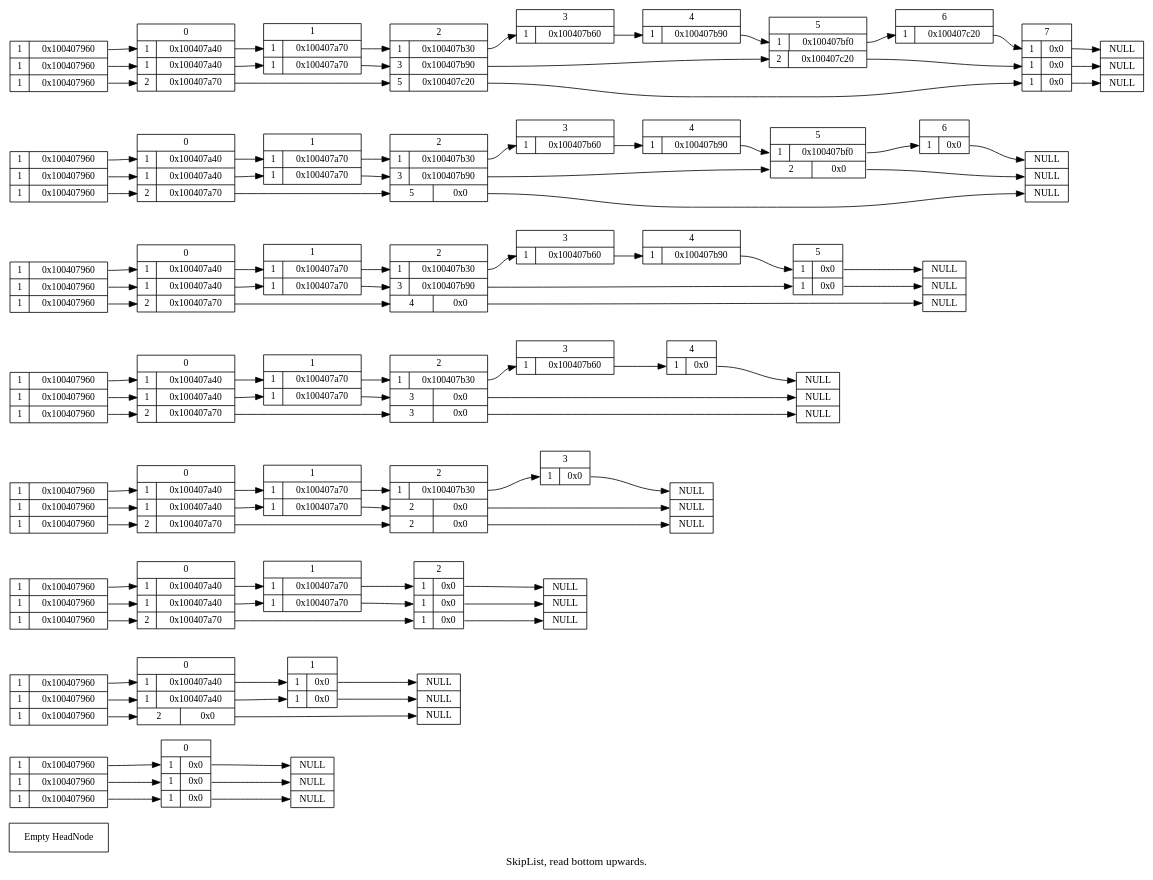
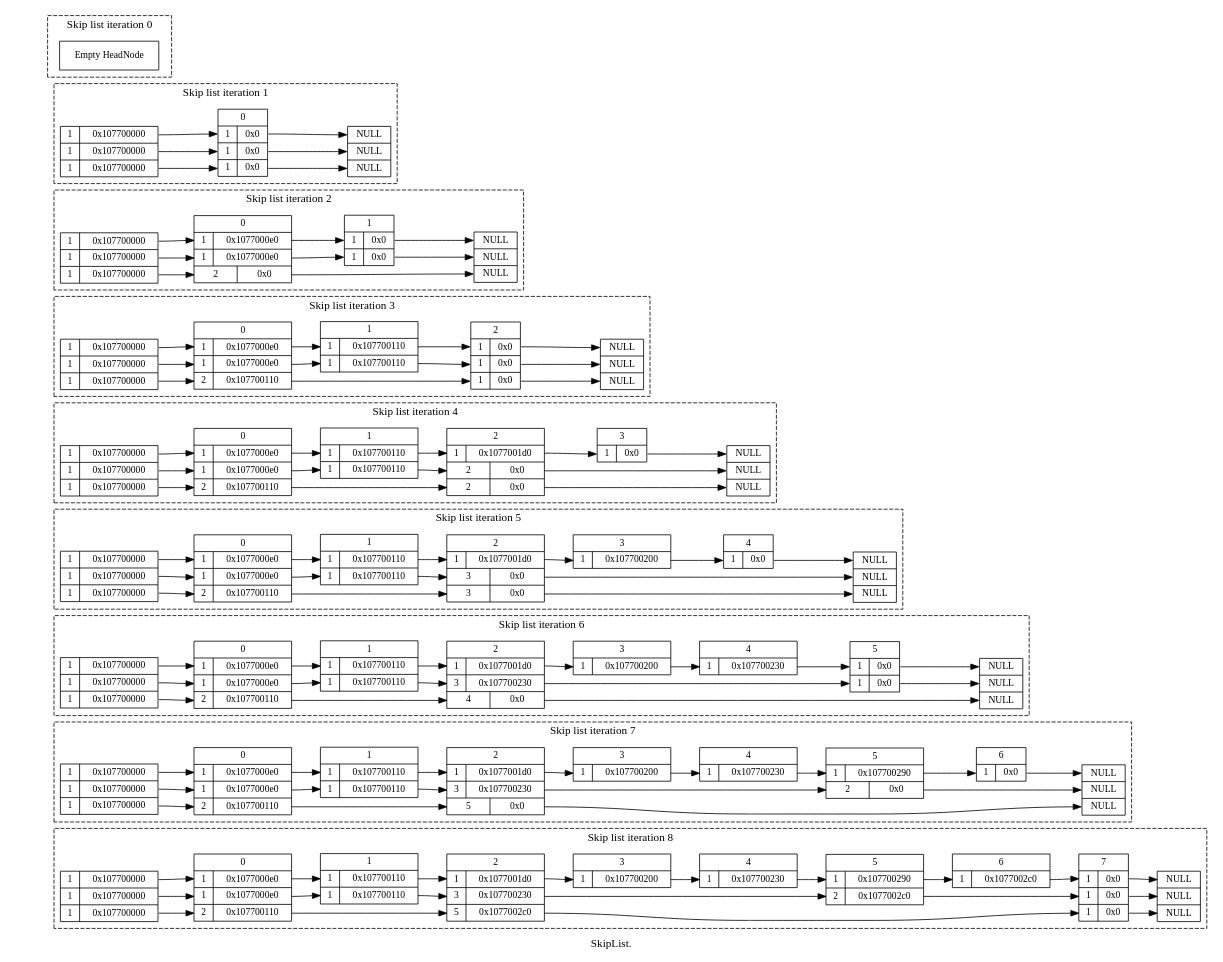
The diagram in doc/skiplist_visualisation/dot/doc_insert.dot (paulross/skiplist), drawn with Graphviz before and after one commit. The commit also changed 31 other files, not shown here.

```diff
--- a/doc/skiplist_visualisation/dot/doc_insert.dot
+++ b/doc/skiplist_visualisation/dot/doc_insert.dot
@@ -1,295 +1,351 @@
 # doc_insert
 digraph SkipList {
-label = "SkipList, read bottom upwards."
+label = "SkipList."
 graph [rankdir = "LR"];
 node [fontsize = "12" shape = "ellipse"];
 edge [];
-"HeadNode" [
+
+subgraph cluster0 {
+style=dashed
+label="Skip list iteration 0"
+"HeadNode0" [
 label = "Empty HeadNode"
 shape = "record"
 ];
+}
+
+subgraph cluster1 {
+style=dashed
+label="Skip list iteration 1"
 "HeadNode1" [
-label = "{ 1 | <f0> 0x100407960} | { 1 | <f1> 0x100407960} | { 1 | <f2> 0x100407960}"
+label = "{ 1 | <f0> 0x107700000} | { 1 | <f1> 0x107700000} | { 1 | <f2> 0x107700000}"
 shape = "record"
 ];
 "node10x0" [label = "<w1> NULL | <w2> NULL | <w3> NULL" shape = "record"];
-"HeadNode1":f0 -> "node10x100407960":w1 [];
-"HeadNode1":f1 -> "node10x100407960":w2 [];
-"HeadNode1":f2 -> "node10x100407960":w3 [];
-"node10x100407960" [
+"HeadNode1":f0 -> "node10x107700000":w1 [];
+"HeadNode1":f1 -> "node10x107700000":w2 [];
+"HeadNode1":f2 -> "node10x107700000":w3 [];
+"node10x107700000" [
 label = "<f0> 0 | { <w1> 1 | <f1> 0x0 } | { <w2> 1 | <f2> 0x0 } | { <w3> 1 | <f3> 0x0 }"
 shape = "record"
 ];
-"node10x100407960":f1 -> "node10x0":w1 [];
-"node10x100407960":f2 -> "node10x0":w2 [];
-"node10x100407960":f3 -> "node10x0":w3 [];
+"node10x107700000":f1 -> "node10x0":w1 [];
+"node10x107700000":f2 -> "node10x0":w2 [];
+"node10x107700000":f3 -> "node10x0":w3 [];
+}
+
+subgraph cluster2 {
+style=dashed
+label="Skip list iteration 2"
 "HeadNode2" [
-label = "{ 1 | <f0> 0x100407960} | { 1 | <f1> 0x100407960} | { 1 | <f2> 0x100407960}"
+label = "{ 1 | <f0> 0x107700000} | { 1 | <f1> 0x107700000} | { 1 | <f2> 0x107700000}"
 shape = "record"
 ];
 "node20x0" [label = "<w1> NULL | <w2> NULL | <w3> NULL" shape = "record"];
-"HeadNode2":f0 -> "node20x100407960":w1 [];
-"HeadNode2":f1 -> "node20x100407960":w2 [];
-"HeadNode2":f2 -> "node20x100407960":w3 [];
-"node20x100407960" [
-label = "<f0> 0 | { <w1> 1 | <f1> 0x100407a40 } | { <w2> 1 | <f2> 0x100407a40 } | { <w3> 2 | <f3> 0x0 }"
+"HeadNode2":f0 -> "node20x107700000":w1 [];
+"HeadNode2":f1 -> "node20x107700000":w2 [];
+"HeadNode2":f2 -> "node20x107700000":w3 [];
+"node20x107700000" [
+label = "<f0> 0 | { <w1> 1 | <f1> 0x1077000e0 } | { <w2> 1 | <f2> 0x1077000e0 } | { <w3> 2 | <f3> 0x0 }"
 shape = "record"
 ];
-"node20x100407960":f1 -> "node20x100407a40":w1 [];
-"node20x100407960":f2 -> "node20x100407a40":w2 [];
-"node20x100407960":f3 -> "node20x0":w3 [];
-"node20x100407a40" [
+"node20x107700000":f1 -> "node20x1077000e0":w1 [];
+"node20x107700000":f2 -> "node20x1077000e0":w2 [];
+"node20x107700000":f3 -> "node20x0":w3 [];
+"node20x1077000e0" [
 label = "<f0> 1 | { <w1> 1 | <f1> 0x0 } | { <w2> 1 | <f2> 0x0 }"
 shape = "record"
 ];
-"node20x100407a40":f1 -> "node20x0":w1 [];
-"node20x100407a40":f2 -> "node20x0":w2 [];
+"node20x1077000e0":f1 -> "node20x0":w1 [];
+"node20x1077000e0":f2 -> "node20x0":w2 [];
+}
+
+subgraph cluster3 {
+style=dashed
+label="Skip list iteration 3"
 "HeadNode3" [
-label = "{ 1 | <f0> 0x100407960} | { 1 | <f1> 0x100407960} | { 1 | <f2> 0x100407960}"
+label = "{ 1 | <f0> 0x107700000} | { 1 | <f1> 0x107700000} | { 1 | <f2> 0x107700000}"
 shape = "record"
 ];
 "node30x0" [label = "<w1> NULL | <w2> NULL | <w3> NULL" shape = "record"];
-"HeadNode3":f0 -> "node30x100407960":w1 [];
-"HeadNode3":f1 -> "node30x100407960":w2 [];
-"HeadNode3":f2 -> "node30x100407960":w3 [];
-"node30x100407960" [
-label = "<f0> 0 | { <w1> 1 | <f1> 0x100407a40 } | { <w2> 1 | <f2> 0x100407a40 } | { <w3> 2 | <f3> 0x100407a70 }"
+"HeadNode3":f0 -> "node30x107700000":w1 [];
+"HeadNode3":f1 -> "node30x107700000":w2 [];
+"HeadNode3":f2 -> "node30x107700000":w3 [];
+"node30x107700000" [
+label = "<f0> 0 | { <w1> 1 | <f1> 0x1077000e0 } | { <w2> 1 | <f2> 0x1077000e0 } | { <w3> 2 | <f3> 0x107700110 }"
 shape = "record"
 ];
-"node30x100407960":f1 -> "node30x100407a40":w1 [];
-"node30x100407960":f2 -> "node30x100407a40":w2 [];
-"node30x100407960":f3 -> "node30x100407a70":w3 [];
-"node30x100407a40" [
-label = "<f0> 1 | { <w1> 1 | <f1> 0x100407a70 } | { <w2> 1 | <f2> 0x100407a70 }"
+"node30x107700000":f1 -> "node30x1077000e0":w1 [];
+"node30x107700000":f2 -> "node30x1077000e0":w2 [];
+"node30x107700000":f3 -> "node30x107700110":w3 [];
+"node30x1077000e0" [
+label = "<f0> 1 | { <w1> 1 | <f1> 0x107700110 } | { <w2> 1 | <f2> 0x107700110 }"
 shape = "record"
 ];
-"node30x100407a40":f1 -> "node30x100407a70":w1 [];
-"node30x100407a40":f2 -> "node30x100407a70":w2 [];
-"node30x100407a70" [
+"node30x1077000e0":f1 -> "node30x107700110":w1 [];
+"node30x1077000e0":f2 -> "node30x107700110":w2 [];
+"node30x107700110" [
 label = "<f0> 2 | { <w1> 1 | <f1> 0x0 } | { <w2> 1 | <f2> 0x0 } | { <w3> 1 | <f3> 0x0 }"
 shape = "record"
 ];
-"node30x100407a70":f1 -> "node30x0":w1 [];
-"node30x100407a70":f2 -> "node30x0":w2 [];
-"node30x100407a70":f3 -> "node30x0":w3 [];
+"node30x107700110":f1 -> "node30x0":w1 [];
+"node30x107700110":f2 -> "node30x0":w2 [];
+"node30x107700110":f3 -> "node30x0":w3 [];
+}
+
+subgraph cluster4 {
+style=dashed
+label="Skip list iteration 4"
 "HeadNode4" [
-label = "{ 1 | <f0> 0x100407960} | { 1 | <f1> 0x100407960} | { 1 | <f2> 0x100407960}"
+label = "{ 1 | <f0> 0x107700000} | { 1 | <f1> 0x107700000} | { 1 | <f2> 0x107700000}"
 shape = "record"
 ];
 "node40x0" [label = "<w1> NULL | <w2> NULL | <w3> NULL" shape = "record"];
-"HeadNode4":f0 -> "node40x100407960":w1 [];
-"HeadNode4":f1 -> "node40x100407960":w2 [];
-"HeadNode4":f2 -> "node40x100407960":w3 [];
-"node40x100407960" [
-label = "<f0> 0 | { <w1> 1 | <f1> 0x100407a40 } | { <w2> 1 | <f2> 0x100407a40 } | { <w3> 2 | <f3> 0x100407a70 }"
+"HeadNode4":f0 -> "node40x107700000":w1 [];
+"HeadNode4":f1 -> "node40x107700000":w2 [];
+"HeadNode4":f2 -> "node40x107700000":w3 [];
+"node40x107700000" [
+label = "<f0> 0 | { <w1> 1 | <f1> 0x1077000e0 } | { <w2> 1 | <f2> 0x1077000e0 } | { <w3> 2 | <f3> 0x107700110 }"
 shape = "record"
 ];
-"node40x100407960":f1 -> "node40x100407a40":w1 [];
-"node40x100407960":f2 -> "node40x100407a40":w2 [];
-"node40x100407960":f3 -> "node40x100407a70":w3 [];
-"node40x100407a40" [
-label = "<f0> 1 | { <w1> 1 | <f1> 0x100407a70 } | { <w2> 1 | <f2> 0x100407a70 }"
+"node40x107700000":f1 -> "node40x1077000e0":w1 [];
+"node40x107700000":f2 -> "node40x1077000e0":w2 [];
+"node40x107700000":f3 -> "node40x107700110":w3 [];
+"node40x1077000e0" [
+label = "<f0> 1 | { <w1> 1 | <f1> 0x107700110 } | { <w2> 1 | <f2> 0x107700110 }"
 shape = "record"
 ];
-"node40x100407a40":f1 -> "node40x100407a70":w1 [];
-"node40x100407a40":f2 -> "node40x100407a70":w2 [];
-"node40x100407a70" [
-label = "<f0> 2 | { <w1> 1 | <f1> 0x100407b30 } | { <w2> 2 | <f2> 0x0 } | { <w3> 2 | <f3> 0x0 }"
+"node40x1077000e0":f1 -> "node40x107700110":w1 [];
+"node40x1077000e0":f2 -> "node40x107700110":w2 [];
+"node40x107700110" [
+label = "<f0> 2 | { <w1> 1 | <f1> 0x1077001d0 } | { <w2> 2 | <f2> 0x0 } | { <w3> 2 | <f3> 0x0 }"
 shape = "record"
 ];
-"node40x100407a70":f1 -> "node40x100407b30":w1 [];
-"node40x100407a70":f2 -> "node40x0":w2 [];
-"node40x100407a70":f3 -> "node40x0":w3 [];
-"node40x100407b30" [
+"node40x107700110":f1 -> "node40x1077001d0":w1 [];
+"node40x107700110":f2 -> "node40x0":w2 [];
+"node40x107700110":f3 -> "node40x0":w3 [];
+"node40x1077001d0" [
 label = "<f0> 3 | { <w1> 1 | <f1> 0x0 }"
 shape = "record"
 ];
-"node40x100407b30":f1 -> "node40x0":w1 [];
+"node40x1077001d0":f1 -> "node40x0":w1 [];
+}
+
+subgraph cluster5 {
+style=dashed
+label="Skip list iteration 5"
 "HeadNode5" [
-label = "{ 1 | <f0> 0x100407960} | { 1 | <f1> 0x100407960} | { 1 | <f2> 0x100407960}"
+label = "{ 1 | <f0> 0x107700000} | { 1 | <f1> 0x107700000} | { 1 | <f2> 0x107700000}"
 shape = "record"
 ];
 "node50x0" [label = "<w1> NULL | <w2> NULL | <w3> NULL" shape = "record"];
-"HeadNode5":f0 -> "node50x100407960":w1 [];
-"HeadNode5":f1 -> "node50x100407960":w2 [];
-"HeadNode5":f2 -> "node50x100407960":w3 [];
-"node50x100407960" [
-label = "<f0> 0 | { <w1> 1 | <f1> 0x100407a40 } | { <w2> 1 | <f2> 0x100407a40 } | { <w3> 2 | <f3> 0x100407a70 }"
+"HeadNode5":f0 -> "node50x107700000":w1 [];
+"HeadNode5":f1 -> "node50x107700000":w2 [];
+"HeadNode5":f2 -> "node50x107700000":w3 [];
+"node50x107700000" [
+label = "<f0> 0 | { <w1> 1 | <f1> 0x1077000e0 } | { <w2> 1 | <f2> 0x1077000e0 } | { <w3> 2 | <f3> 0x107700110 }"
 shape = "record"
 ];
-"node50x100407960":f1 -> "node50x100407a40":w1 [];
-"node50x100407960":f2 -> "node50x100407a40":w2 [];
-"node50x100407960":f3 -> "node50x100407a70":w3 [];
-"node50x100407a40" [
-label = "<f0> 1 | { <w1> 1 | <f1> 0x100407a70 } | { <w2> 1 | <f2> 0x100407a70 }"
+"node50x107700000":f1 -> "node50x1077000e0":w1 [];
+"node50x107700000":f2 -> "node50x1077000e0":w2 [];
+"node50x107700000":f3 -> "node50x107700110":w3 [];
+"node50x1077000e0" [
+label = "<f0> 1 | { <w1> 1 | <f1> 0x107700110 } | { <w2> 1 | <f2> 0x107700110 }"
 shape = "record"
 ];
-"node50x100407a40":f1 -> "node50x100407a70":w1 [];
-"node50x100407a40":f2 -> "node50x100407a70":w2 [];
-"node50x100407a70" [
-label = "<f0> 2 | { <w1> 1 | <f1> 0x100407b30 } | { <w2> 3 | <f2> 0x0 } | { <w3> 3 | <f3> 0x0 }"
+"node50x1077000e0":f1 -> "node50x107700110":w1 [];
+"node50x1077000e0":f2 -> "node50x107700110":w2 [];
+"node50x107700110" [
+label = "<f0> 2 | { <w1> 1 | <f1> 0x1077001d0 } | { <w2> 3 | <f2> 0x0 } | { <w3> 3 | <f3> 0x0 }"
 shape = "record"
 ];
-"node50x100407a70":f1 -> "node50x100407b30":w1 [];
-"node50x100407a70":f2 -> "node50x0":w2 [];
-"node50x100407a70":f3 -> "node50x0":w3 [];
-"node50x100407b30" [
-label = "<f0> 3 | { <w1> 1 | <f1> 0x100407b60 }"
+"node50x107700110":f1 -> "node50x1077001d0":w1 [];
+"node50x107700110":f2 -> "node50x0":w2 [];
+"node50x107700110":f3 -> "node50x0":w3 [];
+"node50x1077001d0" [
+label = "<f0> 3 | { <w1> 1 | <f1> 0x107700200 }"
 shape = "record"
 ];
-"node50x100407b30":f1 -> "node50x100407b60":w1 [];
-"node50x100407b60" [
+"node50x1077001d0":f1 -> "node50x107700200":w1 [];
+"node50x107700200" [
 label = "<f0> 4 | { <w1> 1 | <f1> 0x0 }"
 shape = "record"
 ];
-"node50x100407b60":f1 -> "node50x0":w1 [];
+"node50x107700200":f1 -> "node50x0":w1 [];
+}
+
+subgraph cluster6 {
+style=dashed
+label="Skip list iteration 6"
 "HeadNode6" [
-label = "{ 1 | <f0> 0x100407960} | { 1 | <f1> 0x100407960} | { 1 | <f2> 0x100407960}"
+label = "{ 1 | <f0> 0x107700000} | { 1 | <f1> 0x107700000} | { 1 | <f2> 0x107700000}"
 shape = "record"
 ];
 "node60x0" [label = "<w1> NULL | <w2> NULL | <w3> NULL" shape = "record"];
-"HeadNode6":f0 -> "node60x100407960":w1 [];
-"HeadNode6":f1 -> "node60x100407960":w2 [];
-"HeadNode6":f2 -> "node60x100407960":w3 [];
-"node60x100407960" [
-label = "<f0> 0 | { <w1> 1 | <f1> 0x100407a40 } | { <w2> 1 | <f2> 0x100407a40 } | { <w3> 2 | <f3> 0x100407a70 }"
+"HeadNode6":f0 -> "node60x107700000":w1 [];
+"HeadNode6":f1 -> "node60x107700000":w2 [];
+"HeadNode6":f2 -> "node60x107700000":w3 [];
+"node60x107700000" [
+label = "<f0> 0 | { <w1> 1 | <f1> 0x1077000e0 } | { <w2> 1 | <f2> 0x1077000e0 } | { <w3> 2 | <f3> 0x107700110 }"
 shape = "record"
 ];
-"node60x100407960":f1 -> "node60x100407a40":w1 [];
-"node60x100407960":f2 -> "node60x100407a40":w2 [];
-"node60x100407960":f3 -> "node60x100407a70":w3 [];
-"node60x100407a40" [
-label = "<f0> 1 | { <w1> 1 | <f1> 0x100407a70 } | { <w2> 1 | <f2> 0x100407a70 }"
+"node60x107700000":f1 -> "node60x1077000e0":w1 [];
+"node60x107700000":f2 -> "node60x1077000e0":w2 [];
+"node60x107700000":f3 -> "node60x107700110":w3 [];
+"node60x1077000e0" [
+label = "<f0> 1 | { <w1> 1 | <f1> 0x107700110 } | { <w2> 1 | <f2> 0x107700110 }"
 shape = "record"
 ];
-"node60x100407a40":f1 -> "node60x100407a70":w1 [];
-"node60x100407a40":f2 -> "node60x100407a70":w2 [];
-"node60x100407a70" [
-label = "<f0> 2 | { <w1> 1 | <f1> 0x100407b30 } | { <w2> 3 | <f2> 0x100407b90 } | { <w3> 4 | <f3> 0x0 }"
+"node60x1077000e0":f1 -> "node60x107700110":w1 [];
+"node60x1077000e0":f2 -> "node60x107700110":w2 [];
+"node60x107700110" [
+label = "<f0> 2 | { <w1> 1 | <f1> 0x1077001d0 } | { <w2> 3 | <f2> 0x107700230 } | { <w3> 4 | <f3> 0x0 }"
 shape = "record"
 ];
-"node60x100407a70":f1 -> "node60x100407b30":w1 [];
-"node60x100407a70":f2 -> "node60x100407b90":w2 [];
-"node60x100407a70":f3 -> "node60x0":w3 [];
-"node60x100407b30" [
-label = "<f0> 3 | { <w1> 1 | <f1> 0x100407b60 }"
+"node60x107700110":f1 -> "node60x1077001d0":w1 [];
+"node60x107700110":f2 -> "node60x107700230":w2 [];
+"node60x107700110":f3 -> "node60x0":w3 [];
+"node60x1077001d0" [
+label = "<f0> 3 | { <w1> 1 | <f1> 0x107700200 }"
 shape = "record"
 ];
-"node60x100407b30":f1 -> "node60x100407b60":w1 [];
-"node60x100407b60" [
-label = "<f0> 4 | { <w1> 1 | <f1> 0x100407b90 }"
+"node60x1077001d0":f1 -> "node60x107700200":w1 [];
+"node60x107700200" [
+label = "<f0> 4 | { <w1> 1 | <f1> 0x107700230 }"
 shape = "record"
 ];
-"node60x100407b60":f1 -> "node60x100407b90":w1 [];
-"node60x100407b90" [
+"node60x107700200":f1 -> "node60x107700230":w1 [];
+"node60x107700230" [
 label = "<f0> 5 | { <w1> 1 | <f1> 0x0 } | { <w2> 1 | <f2> 0x0 }"
 shape = "record"
 ];
-"node60x100407b90":f1 -> "node60x0":w1 [];
-"node60x100407b90":f2 -> "node60x0":w2 [];
+"node60x107700230":f1 -> "node60x0":w1 [];
+"node60x107700230":f2 -> "node60x0":w2 [];
+}
+
+subgraph cluster7 {
+style=dashed
+label="Skip list iteration 7"
 "HeadNode7" [
-label = "{ 1 | <f0> 0x100407960} | { 1 | <f1> 0x100407960} | { 1 | <f2> 0x100407960}"
+label = "{ 1 | <f0> 0x107700000} | { 1 | <f1> 0x107700000} | { 1 | <f2> 0x107700000}"
 shape = "record"
 ];
 "node70x0" [label = "<w1> NULL | <w2> NULL | <w3> NULL" shape = "record"];
-"HeadNode7":f0 -> "node70x100407960":w1 [];
-"HeadNode7":f1 -> "node70x100407960":w2 [];
-"HeadNode7":f2 -> "node70x100407960":w3 [];
-"node70x100407960" [
-label = "<f0> 0 | { <w1> 1 | <f1> 0x100407a40 } | { <w2> 1 | <f2> 0x100407a40 } | { <w3> 2 | <f3> 0x100407a70 }"
+"HeadNode7":f0 -> "node70x107700000":w1 [];
+"HeadNode7":f1 -> "node70x107700000":w2 [];
+"HeadNode7":f2 -> "node70x107700000":w3 [];
+"node70x107700000" [
+label = "<f0> 0 | { <w1> 1 | <f1> 0x1077000e0 } | { <w2> 1 | <f2> 0x1077000e0 } | { <w3> 2 | <f3> 0x107700110 }"
 shape = "record"
 ];
-"node70x100407960":f1 -> "node70x100407a40":w1 [];
-"node70x100407960":f2 -> "node70x100407a40":w2 [];
-"node70x100407960":f3 -> "node70x100407a70":w3 [];
-"node70x100407a40" [
-label = "<f0> 1 | { <w1> 1 | <f1> 0x100407a70 } | { <w2> 1 | <f2> 0x100407a70 }"
+"node70x107700000":f1 -> "node70x1077000e0":w1 [];
+"node70x107700000":f2 -> "node70x1077000e0":w2 [];
+"node70x107700000":f3 -> "node70x107700110":w3 [];
+"node70x1077000e0" [
+label = "<f0> 1 | { <w1> 1 | <f1> 0x107700110 } | { <w2> 1 | <f2> 0x107700110 }"
 shape = "record"
 ];
-"node70x100407a40":f1 -> "node70x100407a70":w1 [];
-"node70x100407a40":f2 -> "node70x100407a70":w2 [];
-"node70x100407a70" [
-label = "<f0> 2 | { <w1> 1 | <f1> 0x100407b30 } | { <w2> 3 | <f2> 0x100407b90 } | { <w3> 5 | <f3> 0x0 }"
+"node70x1077000e0":f1 -> "node70x107700110":w1 [];
+"node70x1077000e0":f2 -> "node70x107700110":w2 [];
+"node70x107700110" [
+label = "<f0> 2 | { <w1> 1 | <f1> 0x1077001d0 } | { <w2> 3 | <f2> 0x107700230 } | { <w3> 5 | <f3> 0x0 }"
 shape = "record"
 ];
-"node70x100407a70":f1 -> "node70x100407b30":w1 [];
-"node70x100407a70":f2 -> "node70x100407b90":w2 [];
-"node70x100407a70":f3 -> "node70x0":w3 [];
-"node70x100407b30" [
-label = "<f0> 3 | { <w1> 1 | <f1> 0x100407b60 }"
+"node70x107700110":f1 -> "node70x1077001d0":w1 [];
+"node70x107700110":f2 -> "node70x107700230":w2 [];
+"node70x107700110":f3 -> "node70x0":w3 [];
+"node70x1077001d0" [
+label = "<f0> 3 | { <w1> 1 | <f1> 0x107700200 }"
 shape = "record"
 ];
-"node70x100407b30":f1 -> "node70x100407b60":w1 [];
-"node70x100407b60" [
-label = "<f0> 4 | { <w1> 1 | <f1> 0x100407b90 }"
+"node70x1077001d0":f1 -> "node70x107700200":w1 [];
+"node70x107700200" [
+label = "<f0> 4 | { <w1> 1 | <f1> 0x107700230 }"
 shape = "record"
 ];
-"node70x100407b60":f1 -> "node70x100407b90":w1 [];
-"node70x100407b90" [
-label = "<f0> 5 | { <w1> 1 | <f1> 0x100407bf0 } | { <w2> 2 | <f2> 0x0 }"
+"node70x107700200":f1 -> "node70x107700230":w1 [];
+"node70x107700230" [
+label = "<f0> 5 | { <w1> 1 | <f1> 0x107700290 } | { <w2> 2 | <f2> 0x0 }"
 shape = "record"
 ];
-"node70x100407b90":f1 -> "node70x100407bf0":w1 [];
-"node70x100407b90":f2 -> "node70x0":w2 [];
-"node70x100407bf0" [
+"node70x107700230":f1 -> "node70x107700290":w1 [];
+"node70x107700230":f2 -> "node70x0":w2 [];
+"node70x107700290" [
 label = "<f0> 6 | { <w1> 1 | <f1> 0x0 }"
 shape = "record"
 ];
-"node70x100407bf0":f1 -> "node70x0":w1 [];
+"node70x107700290":f1 -> "node70x0":w1 [];
+}
+
+subgraph cluster8 {
+style=dashed
+label="Skip list iteration 8"
 "HeadNode8" [
-label = "{ 1 | <f0> 0x100407960} | { 1 | <f1> 0x100407960} | { 1 | <f2> 0x100407960}"
+label = "{ 1 | <f0> 0x107700000} | { 1 | <f1> 0x107700000} | { 1 | <f2> 0x107700000}"
 shape = "record"
 ];
 "node80x0" [label = "<w1> NULL | <w2> NULL | <w3> NULL" shape = "record"];
-"HeadNode8":f0 -> "node80x100407960":w1 [];
-"HeadNode8":f1 -> "node80x100407960":w2 [];
-"HeadNode8":f2 -> "node80x100407960":w3 [];
-"node80x100407960" [
-label = "<f0> 0 | { <w1> 1 | <f1> 0x100407a40 } | { <w2> 1 | <f2> 0x100407a40 } | { <w3> 2 | <f3> 0x100407a70 }"
+"HeadNode8":f0 -> "node80x107700000":w1 [];
+"HeadNode8":f1 -> "node80x107700000":w2 [];
+"HeadNode8":f2 -> "node80x107700000":w3 [];
+"node80x107700000" [
+label = "<f0> 0 | { <w1> 1 | <f1> 0x1077000e0 } | { <w2> 1 | <f2> 0x1077000e0 } | { <w3> 2 | <f3> 0x107700110 }"
 shape = "record"
 ];
-"node80x100407960":f1 -> "node80x100407a40":w1 [];
-"node80x100407960":f2 -> "node80x100407a40":w2 [];
-"node80x100407960":f3 -> "node80x100407a70":w3 [];
-"node80x100407a40" [
-label = "<f0> 1 | { <w1> 1 | <f1> 0x100407a70 } | { <w2> 1 | <f2> 0x100407a70 }"
+"node80x107700000":f1 -> "node80x1077000e0":w1 [];
+"node80x107700000":f2 -> "node80x1077000e0":w2 [];
+"node80x107700000":f3 -> "node80x107700110":w3 [];
+"node80x1077000e0" [
+label = "<f0> 1 | { <w1> 1 | <f1> 0x107700110 } | { <w2> 1 | <f2> 0x107700110 }"
 shape = "record"
 ];
-"node80x100407a40":f1 -> "node80x100407a70":w1 [];
-"node80x100407a40":f2 -> "node80x100407a70":w2 [];
-"node80x100407a70" [
-label = "<f0> 2 | { <w1> 1 | <f1> 0x100407b30 } | { <w2> 3 | <f2> 0x100407b90 } | { <w3> 5 | <f3> 0x100407c20 }"
+"node80x1077000e0":f1 -> "node80x107700110":w1 [];
+"node80x1077000e0":f2 -> "node80x107700110":w2 [];
+"node80x107700110" [
+label = "<f0> 2 | { <w1> 1 | <f1> 0x1077001d0 } | { <w2> 3 | <f2> 0x107700230 } | { <w3> 5 | <f3> 0x1077002c0 }"
 shape = "record"
 ];
-"node80x100407a70":f1 -> "node80x100407b30":w1 [];
-"node80x100407a70":f2 -> "node80x100407b90":w2 [];
-"node80x100407a70":f3 -> "node80x100407c20":w3 [];
-"node80x100407b30" [
-label = "<f0> 3 | { <w1> 1 | <f1> 0x100407b60 }"
+"node80x107700110":f1 -> "node80x1077001d0":w1 [];
+"node80x107700110":f2 -> "node80x107700230":w2 [];
+"node80x107700110":f3 -> "node80x1077002c0":w3 [];
+"node80x1077001d0" [
+label = "<f0> 3 | { <w1> 1 | <f1> 0x107700200 }"
 shape = "record"
 ];
-"node80x100407b30":f1 -> "node80x100407b60":w1 [];
-"node80x100407b60" [
-label = "<f0> 4 | { <w1> 1 | <f1> 0x100407b90 }"
+"node80x1077001d0":f1 -> "node80x107700200":w1 [];
+"node80x107700200" [
+label = "<f0> 4 | { <w1> 1 | <f1> 0x107700230 }"
 shape = "record"
 ];
-"node80x100407b60":f1 -> "node80x100407b90":w1 [];
-"node80x100407b90" [
-label = "<f0> 5 | { <w1> 1 | <f1> 0x100407bf0 } | { <w2> 2 | <f2> 0x100407c20 }"
+"node80x107700200":f1 -> "node80x107700230":w1 [];
+"node80x107700230" [
+label = "<f0> 5 | { <w1> 1 | <f1> 0x107700290 } | { <w2> 2 | <f2> 0x1077002c0 }"
 shape = "record"
 ];
-"node80x100407b90":f1 -> "node80x100407bf0":w1 [];
-"node80x100407b90":f2 -> "node80x100407c20":w2 [];
-"node80x100407bf0" [
-label = "<f0> 6 | { <w1> 1 | <f1> 0x100407c20 }"
+"node80x107700230":f1 -> "node80x107700290":w1 [];
+"node80x107700230":f2 -> "node80x1077002c0":w2 [];
+"node80x107700290" [
+label = "<f0> 6 | { <w1> 1 | <f1> 0x1077002c0 }"
 shape = "record"
 ];
-"node80x100407bf0":f1 -> "node80x100407c20":w1 [];
-"node80x100407c20" [
+"node80x107700290":f1 -> "node80x1077002c0":w1 [];
+"node80x1077002c0" [
 label = "<f0> 7 | { <w1> 1 | <f1> 0x0 } | { <w2> 1 | <f2> 0x0 } | { <w3> 1 | <f3> 0x0 }"
 shape = "record"
 ];
-"node80x100407c20":f1 -> "node80x0":w1 [];
-"node80x100407c20":f2 -> "node80x0":w2 [];
-"node80x100407c20":f3 -> "node80x0":w3 [];
+"node80x1077002c0":f1 -> "node80x0":w1 [];
+"node80x1077002c0":f2 -> "node80x0":w2 [];
+"node80x1077002c0":f3 -> "node80x0":w3 [];
 }
+
+node0 [shape=record, label = "<f0> | <f1> | <f2> | <f3> | <f4> | <f5> | <f6> | <f7> | <f8> | ", style=invis, width=0.01];
+node0:f0 -> HeadNode0 [style=invis];
+node0:f1 -> HeadNode1 [style=invis];
+node0:f2 -> HeadNode2 [style=invis];
+node0:f3 -> HeadNode3 [style=invis];
+node0:f4 -> HeadNode4 [style=invis];
+node0:f5 -> HeadNode5 [style=invis];
+node0:f6 -> HeadNode6 [style=invis];
+node0:f7 -> HeadNode7 [style=invis];
+node0:f8 -> HeadNode8 [style=invis];
+}
```
